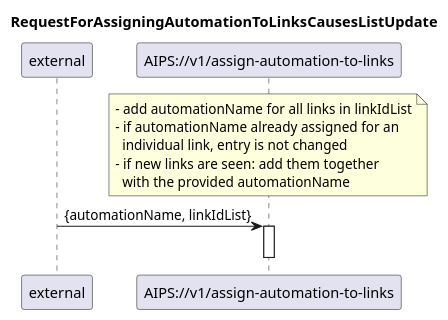
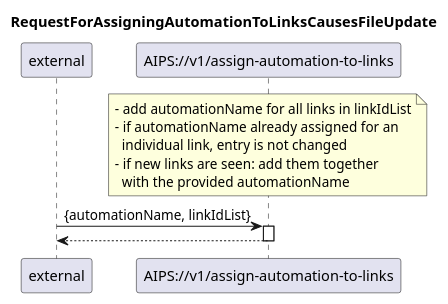
One commit to kmohr-soprasteria/AIPS_wip changed the diagram in diagrams/01 Automation management/101_assignAutomationToLinks.plantuml. Above: the diagram before and after it, drawn with PlantUML. The commit also changed 15 other files, not shown here.

Commit message:
diagramme-v005 added

```diff
--- a/diagrams/01 Automation management/101_assignAutomationToLinks.plantuml
+++ b/diagrams/01 Automation management/101_assignAutomationToLinks.plantuml
@@ -1,23 +1,24 @@
 @startuml 101_assignAutomationToLinks
 skinparam responseMessageBelowArrow true
 
 title
-RequestForAssigningAutomationToLinksCausesListUpdate
+RequestForAssigningAutomationToLinksCausesFileUpdate
 end title
 
 participant "external" as requestor
 participant "AIPS://v1/assign-automation-to-links" as assignAutomation
 
 note over assignAutomation
 - add automationName for all links in linkIdList
 - if automationName already assigned for an 
   individual link, entry is not changed
 - if new links are seen: add them together 
   with the provided automationName 
 end note
 requestor -> assignAutomation: {automationName, linkIdList}
 activate assignAutomation
+assignAutomation --> requestor
 
 deactivate assignAutomation
 
 @enduml
```
